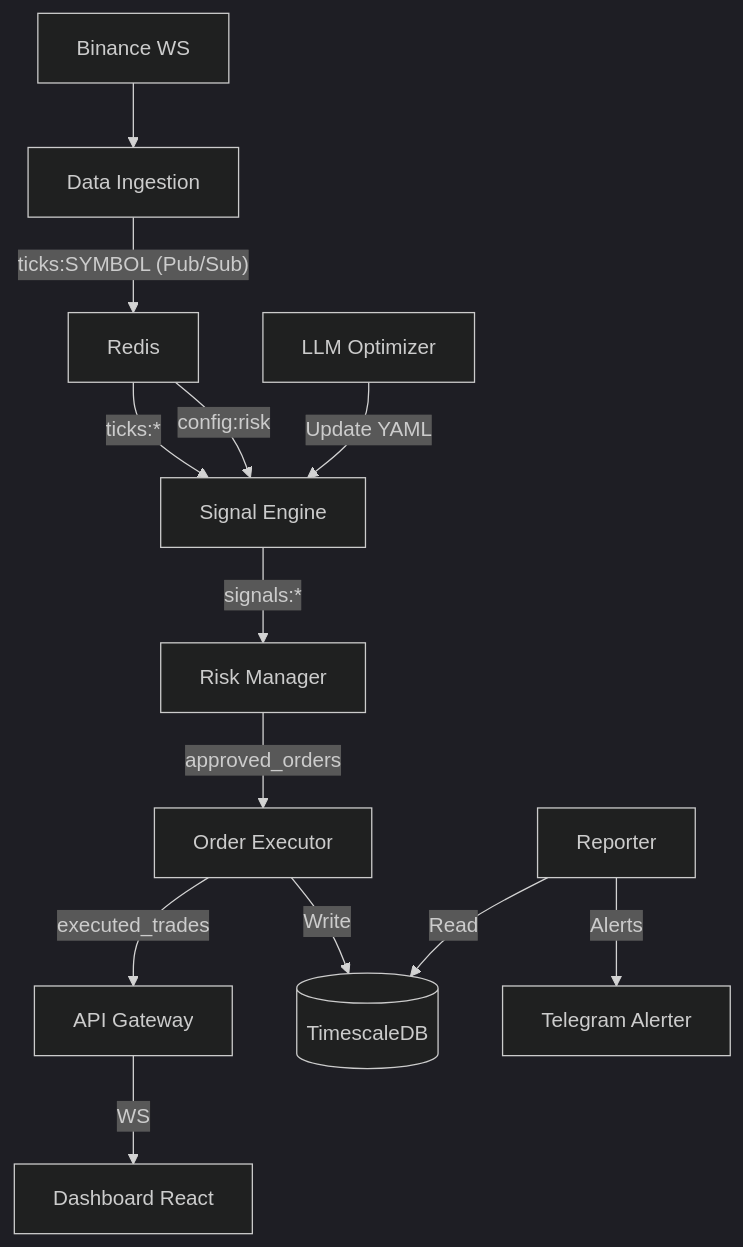
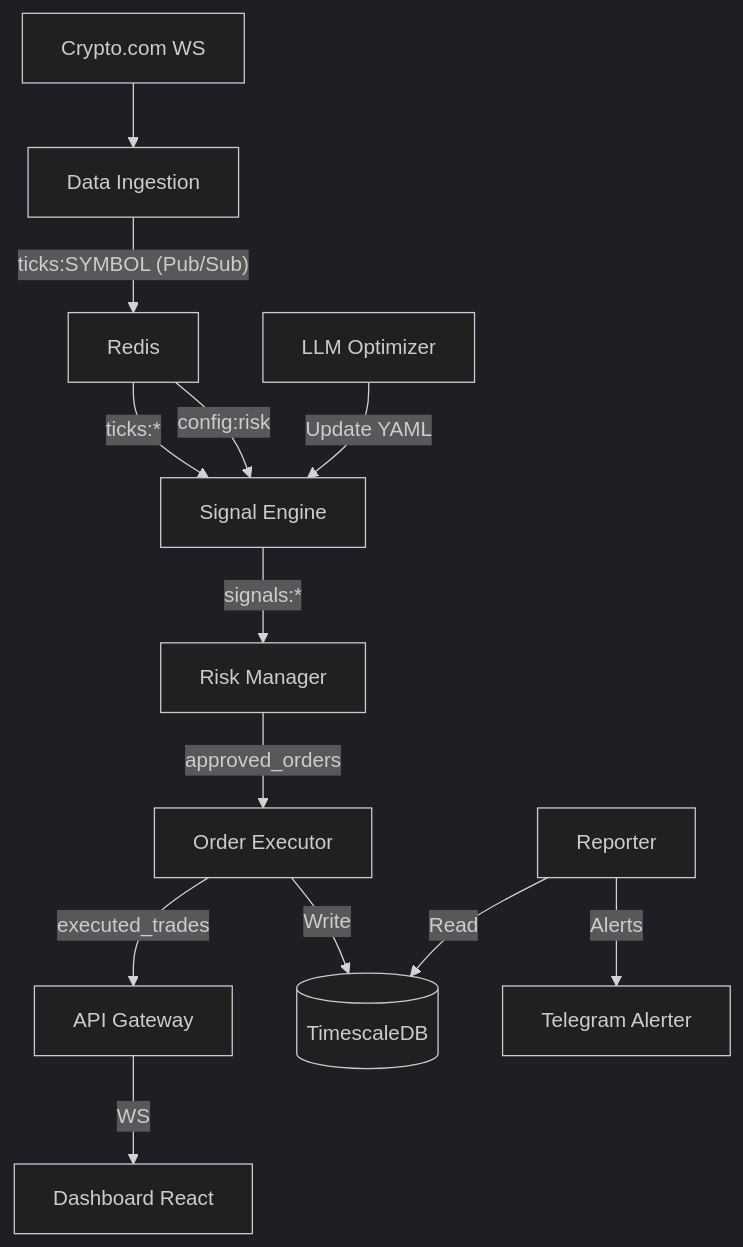
The diagram in PROJECT_REVIEW.md (GiacomoAstore/CryptoTraderJules), drawn with Mermaid (dark theme) before and after one commit. The commit also changed other lines of this file and 32 other files, not shown here.

````diff
--- a/PROJECT_REVIEW.md
+++ b/PROJECT_REVIEW.md
@@ -32,17 +32,17 @@
 ```mermaid
 graph TD
-    BI[Binance WS] --> DI[Data Ingestion]
+    BI[Crypto.com WS] --> DI[Data Ingestion]
     DI -- "ticks:SYMBOL (Pub/Sub)" --> RE[Redis]
     RE -- "ticks:*" --> SE[Signal Engine]
     SE -- "signals:*" --> RM[Risk Manager]
     RM -- "approved_orders" --> OE[Order Executor]
     OE -- "executed_trades" --> AG[API Gateway]
     AG -- "WS" --> DB[Dashboard React]
     
     RE -- "config:risk" --> SE
     LLM[LLM Optimizer] -- "Update YAML" --> SE
     
     OE -- "Write" --> TS[(TimescaleDB)]
     REP[Reporter] -- "Read" --> TS
     REP -- "Alerts" --> TA[Telegram Alerter]
 ```
````
